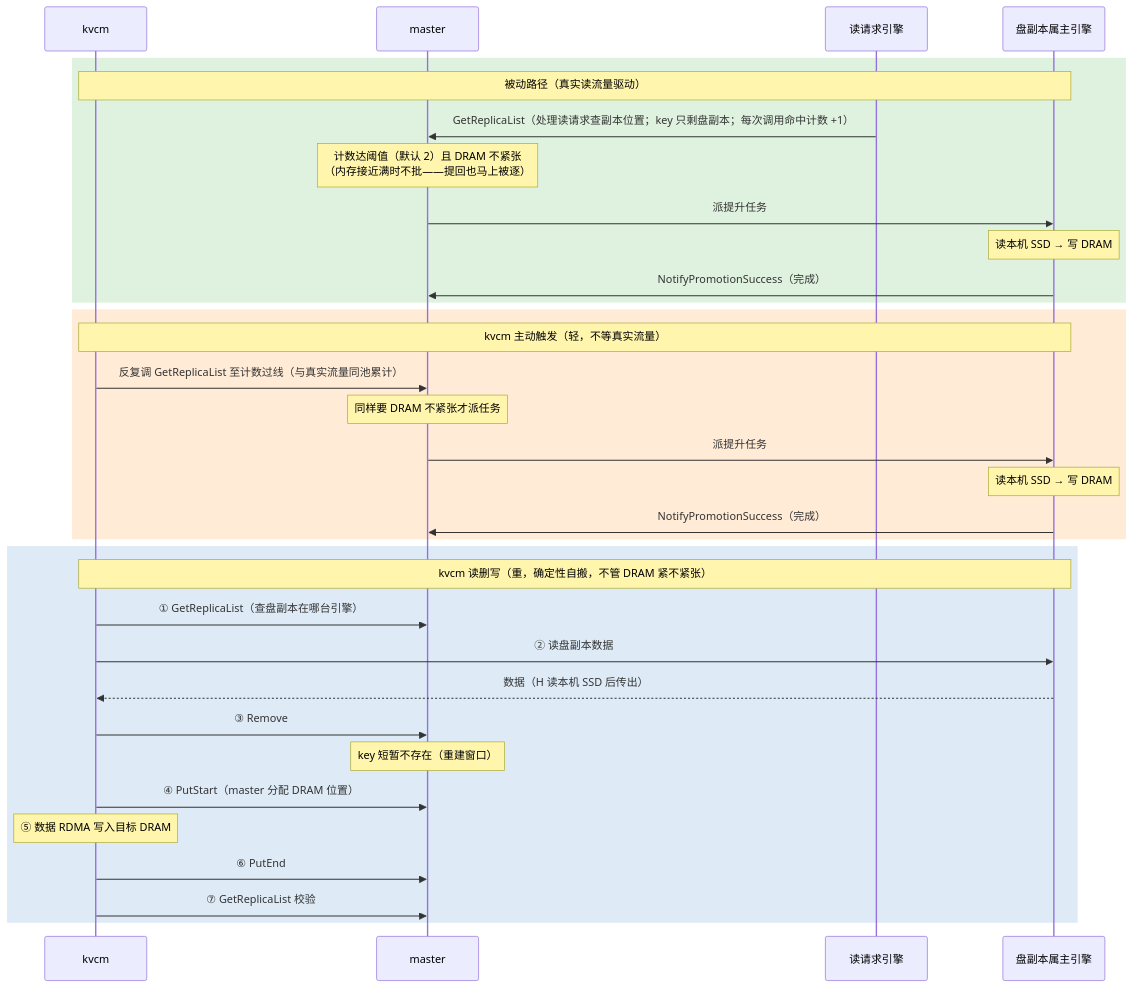
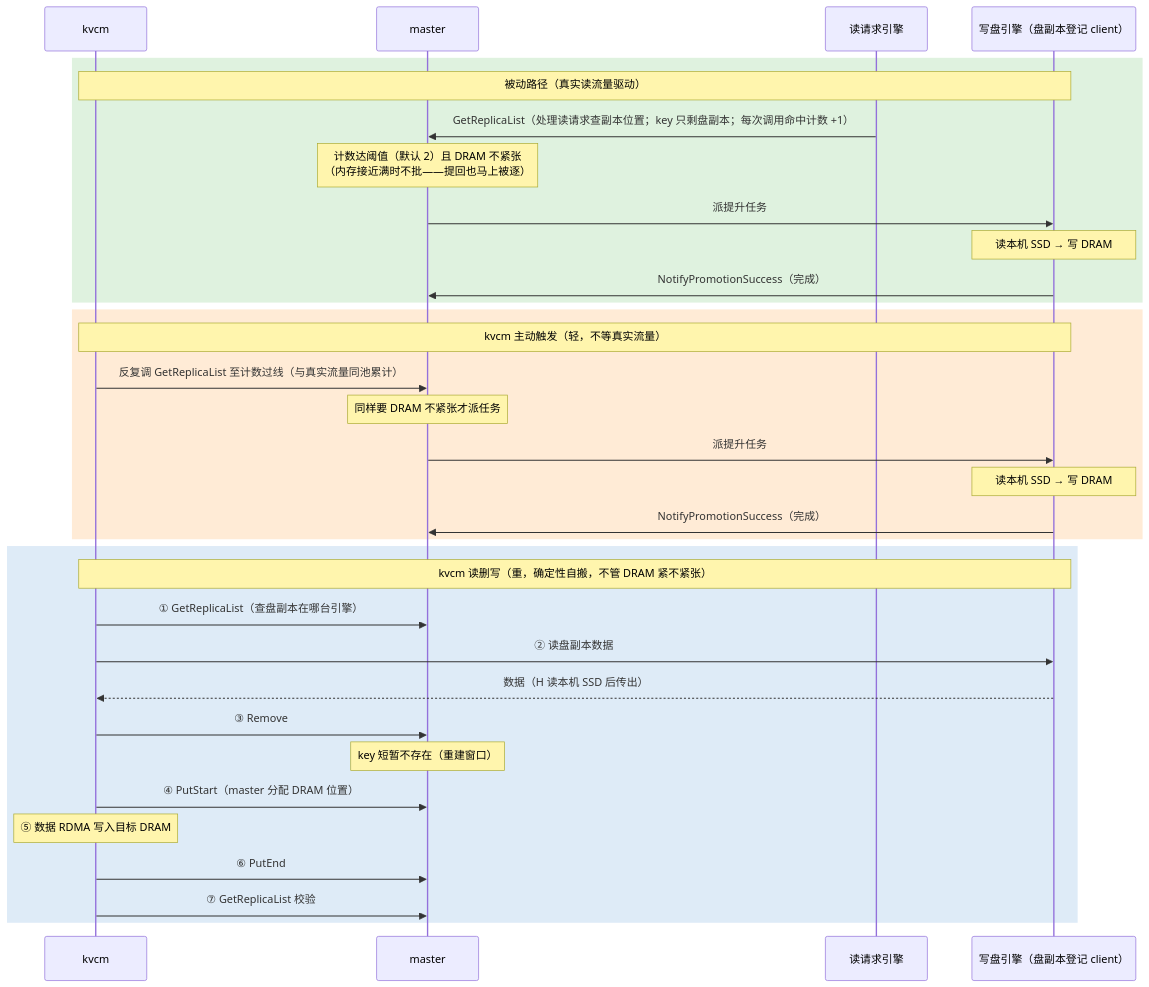
The seventh of 10 diagrams in kvcm/D2-kv-operations.md (5x8-40/lake), drawn with Mermaid before and after one commit. The commit also changed other lines of this file and 5 other files, not shown here.

````diff
--- a/kvcm/D2-kv-operations.md
+++ b/kvcm/D2-kv-operations.md
@@ -543,38 +549,38 @@
 ```mermaid
 sequenceDiagram
     participant K as kvcm
     participant M as master
     participant R as 读请求引擎
-    participant H as 盘副本属主引擎
+    participant H as 写盘引擎（盘副本登记 client）
 
     rect rgb(223, 242, 223)
     Note over K,H: 被动路径（真实读流量驱动）
     R->>M: GetReplicaList（处理读请求查副本位置；key 只剩盘副本；每次调用命中计数 +1）
     Note over M: 计数达阈值（默认 2）且 DRAM 不紧张<br/>（内存接近满时不批——提回也马上被逐）
     M->>H: 派提升任务
     Note over H: 读本机 SSD → 写 DRAM
     H->>M: NotifyPromotionSuccess（完成）
     end
 
     rect rgb(255, 235, 214)
     Note over K,H: kvcm 主动触发（轻，不等真实流量）
     K->>M: 反复调 GetReplicaList 至计数过线（与真实流量同池累计）
     Note over M: 同样要 DRAM 不紧张才派任务
     M->>H: 派提升任务
     Note over H: 读本机 SSD → 写 DRAM
     H->>M: NotifyPromotionSuccess（完成）
     end
 
     rect rgb(222, 235, 247)
     Note over K,H: kvcm 读删写（重，确定性自搬，不管 DRAM 紧不紧张）
     K->>M: ① GetReplicaList（查盘副本在哪台引擎）
     K->>H: ② 读盘副本数据
     H-->>K: 数据（H 读本机 SSD 后传出）
     K->>M: ③ Remove
     Note over M: key 短暂不存在（重建窗口）
     K->>M: ④ PutStart（master 分配 DRAM 位置）
     Note over K: ⑤ 数据 RDMA 写入目标 DRAM
     K->>M: ⑥ PutEnd
     K->>M: ⑦ GetReplicaList 校验
     end
 ```
````
